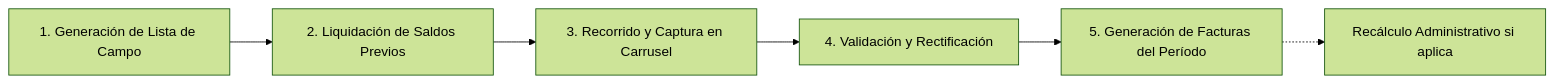
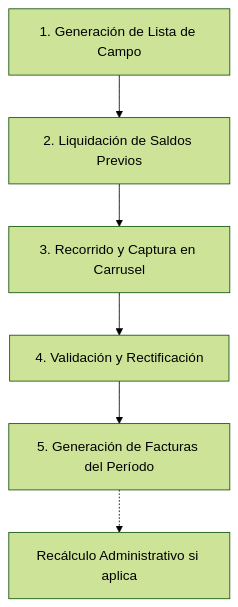
One commit to Mahynlo/AGUA-VP changed the diagram in ayuda/lecturas/Introduccion.md. Above: the diagram before and after it, drawn with Mermaid (forest theme). The commit also changed other lines of this file and 13 other files, not shown here.

````diff
--- a/ayuda/lecturas/Introduccion.md
+++ b/ayuda/lecturas/Introduccion.md
@@ -17,8 +17,8 @@
 ```mermaid
-flowchart LR
+flowchart TD
     A[1. Generación de Lista de Campo] --> B[2. Liquidación de Saldos Previos]
     B --> C[3. Recorrido y Captura en Carrusel]
     C --> D[4. Validación y Rectificación]
     D --> E[5. Generación de Facturas del Período]
     E -.-> F[Recálculo Administrativo si aplica]
 ```
````
